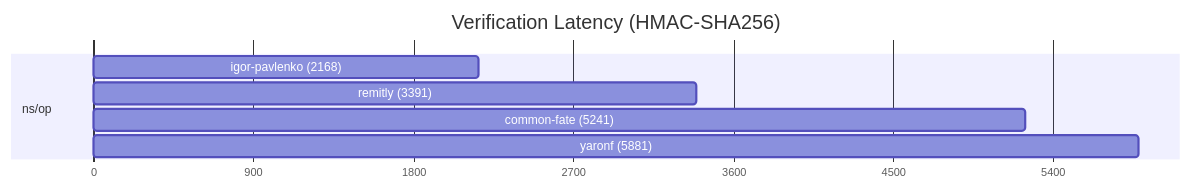
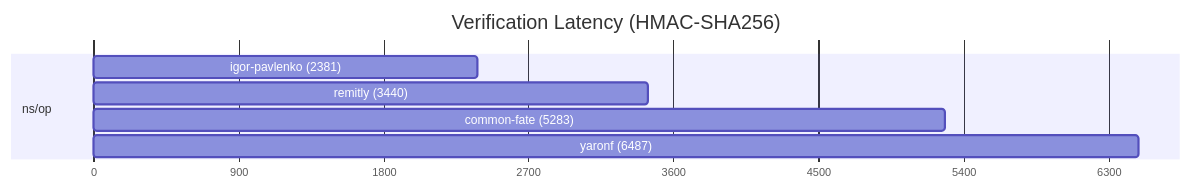
One commit to igor-pavlenko/http-message-signatures-rfc9421-go changed the diagram in README.md. Above: the diagram before and after it, drawn with Mermaid. The commit also changed other lines of this file and 1 other file, not shown here.

````diff
--- a/README.md
+++ b/README.md
@@ -491,11 +492,11 @@
 ```mermaid
 gantt
     title Verification Latency (HMAC-SHA256)
     dateFormat  X
     axisFormat %s
     section ns/op
-    igor-pavlenko (2168)      :0, 2168
-    remitly (3391)      :0, 3391
-    common-fate (5241)  :0, 5241
-    yaronf (5881)        :0, 5881
+    igor-pavlenko (2381)      :0, 2381
+    remitly (3440)      :0, 3440
+    common-fate (5283)  :0, 5283
+    yaronf (6487)        :0, 6487
 ```
````
